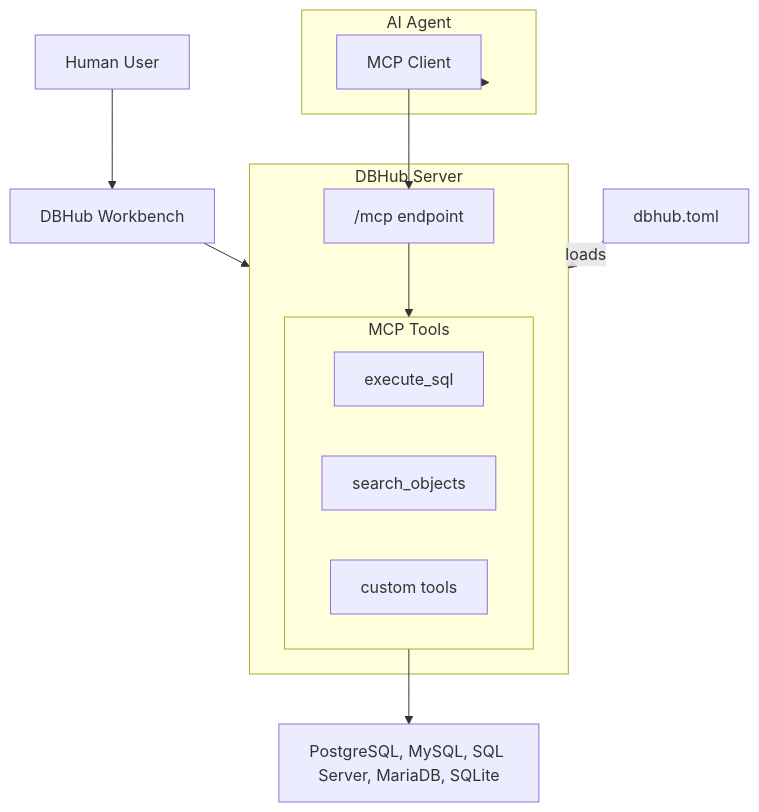
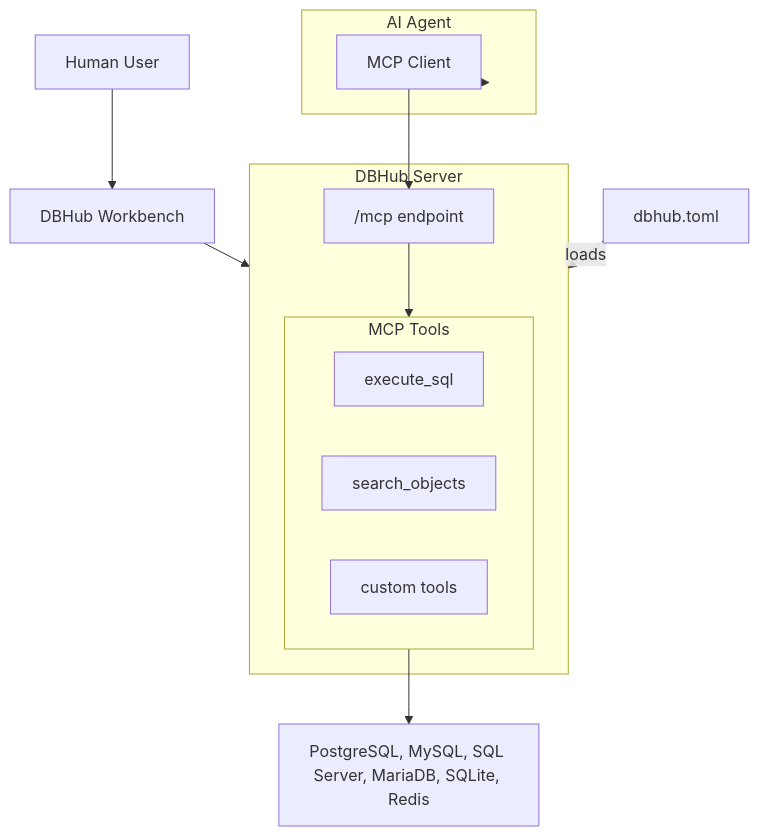
One commit to bytebase/dbhub changed the diagram in docs/index.mdx. Above: the diagram before and after it, drawn with Mermaid. The commit also changed other lines of this file and 40 other files, not shown here.

````diff
--- a/docs/index.mdx
+++ b/docs/index.mdx
@@ -65,40 +65,40 @@
 ```mermaid
 flowchart TB
     %% Human User
     User["Human User"]
 
     %% Workbench
     WB["DBHub Workbench"]
 
     %% AI Agent with MCP Client
     subgraph Agent["AI Agent"]
         MC["MCP Client"]
     end
 
     %% Configuration
     Config["dbhub.toml"]
 
     %% DBHub Server
     subgraph DBHub["DBHub Server"]
         MCP["/mcp endpoint"]
         subgraph Tools["MCP Tools"]
             ES["execute_sql"]
             SO["search_objects"]
             CT["custom tools"]
         end
     end
 
     %% Databases
-    Databases["PostgreSQL, MySQL, SQL Server, MariaDB, SQLite"]
+    Databases["PostgreSQL, MySQL, SQL Server, MariaDB, SQLite, Redis"]
 
     %% Connections
     User --> WB
     WB --> DBHub
 
     Agent --> MC
     MC --> MCP
     MCP --> Tools
 
     Config -.->|loads| DBHub
     Tools --> Databases
 ```
````
